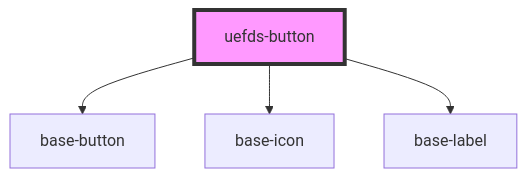
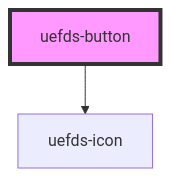
One commit to roboncode/stencil-starter-monorepo changed the diagram in packages/components/core-next/src/components/uefds-button/readme.md. Above: the diagram before and after it, drawn with Mermaid. The commit also changed other lines of this file and 49 other files, not shown here.

````diff
--- a/packages/components/core-next/src/components/uefds-button/readme.md
+++ b/packages/components/core-next/src/components/uefds-button/readme.md
@@ -33,7 +38,5 @@
 ```mermaid
 graph TD;
-  uefds-button --> base-button
-  uefds-button --> base-icon
-  uefds-button --> base-label
+  uefds-button --> uefds-icon
   style uefds-button fill:#f9f,stroke:#333,stroke-width:4px
 ```
````
